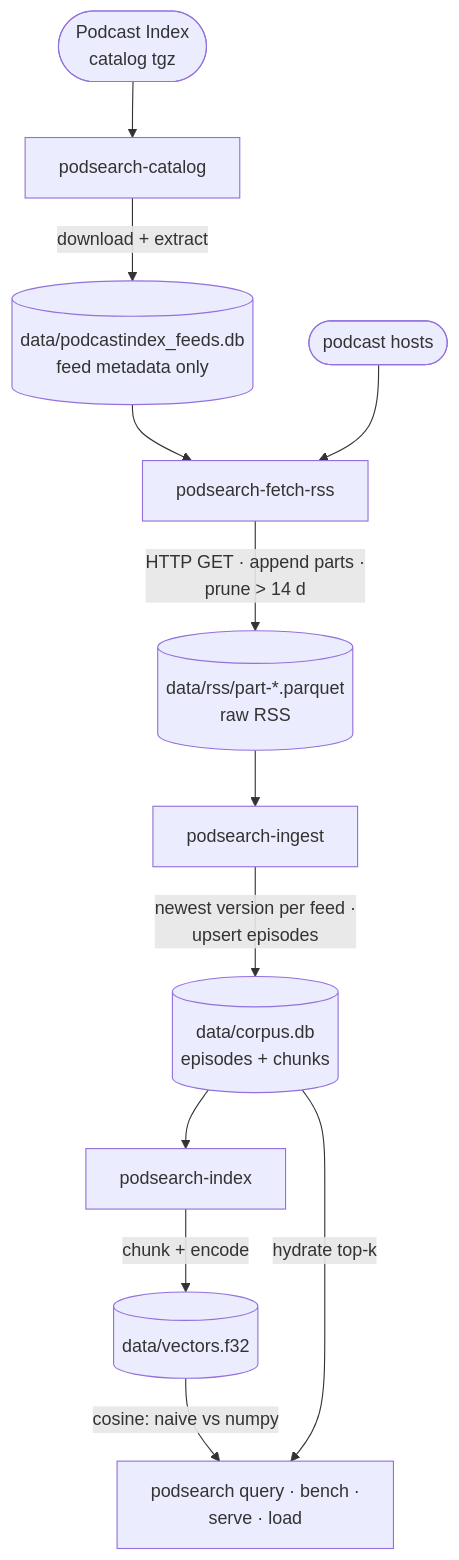
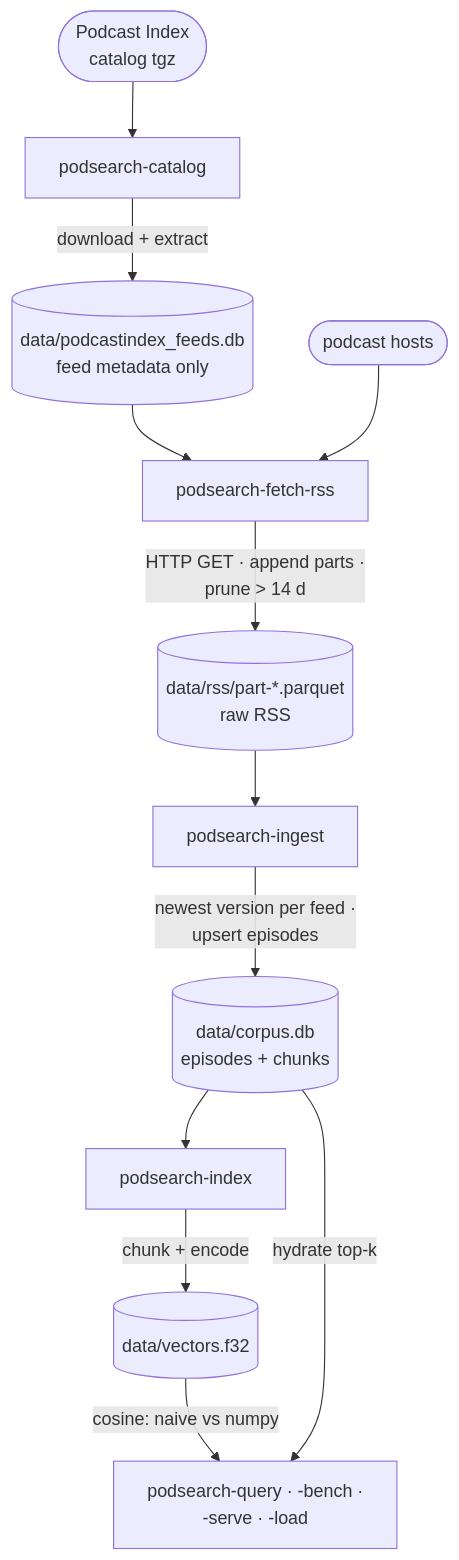
The diagram in README.md (chr1st1ank/podsearch), drawn with Mermaid before and after one commit. The commit also changed other lines of this file and 18 other files, not shown here.

````diff
--- a/README.md
+++ b/README.md
@@ -19,14 +19,14 @@
 ```mermaid
 flowchart TD
     CAT(["Podcast Index<br/>catalog tgz"]) --> C1["podsearch-catalog"]
     C1 -->|"download + extract"| DB[("data/podcastindex_feeds.db<br/>feed metadata only")]
     DB --> C2["podsearch-fetch-rss"]
     WEB(["podcast hosts"]) --> C2
     C2 -->|"HTTP GET · append parts ·<br/>prune > 14 d"| PQ[("data/rss/part-*.parquet<br/>raw RSS")]
     PQ --> C3["podsearch-ingest"]
     C3 -->|"newest version per feed ·<br/>upsert episodes"| CORP[("data/corpus.db<br/>episodes + chunks")]
     CORP --> C4["podsearch-index"]
     C4 -->|"chunk + encode"| VEC[("data/vectors.f32")]
-    VEC -->|"cosine: naive vs numpy"| S5["podsearch query · bench ·<br/>serve · load"]
+    VEC -->|"cosine: naive vs numpy"| S5["podsearch-query · -bench ·<br/>-serve · -load"]
     CORP -->|"hydrate top-k"| S5
 ```
````
